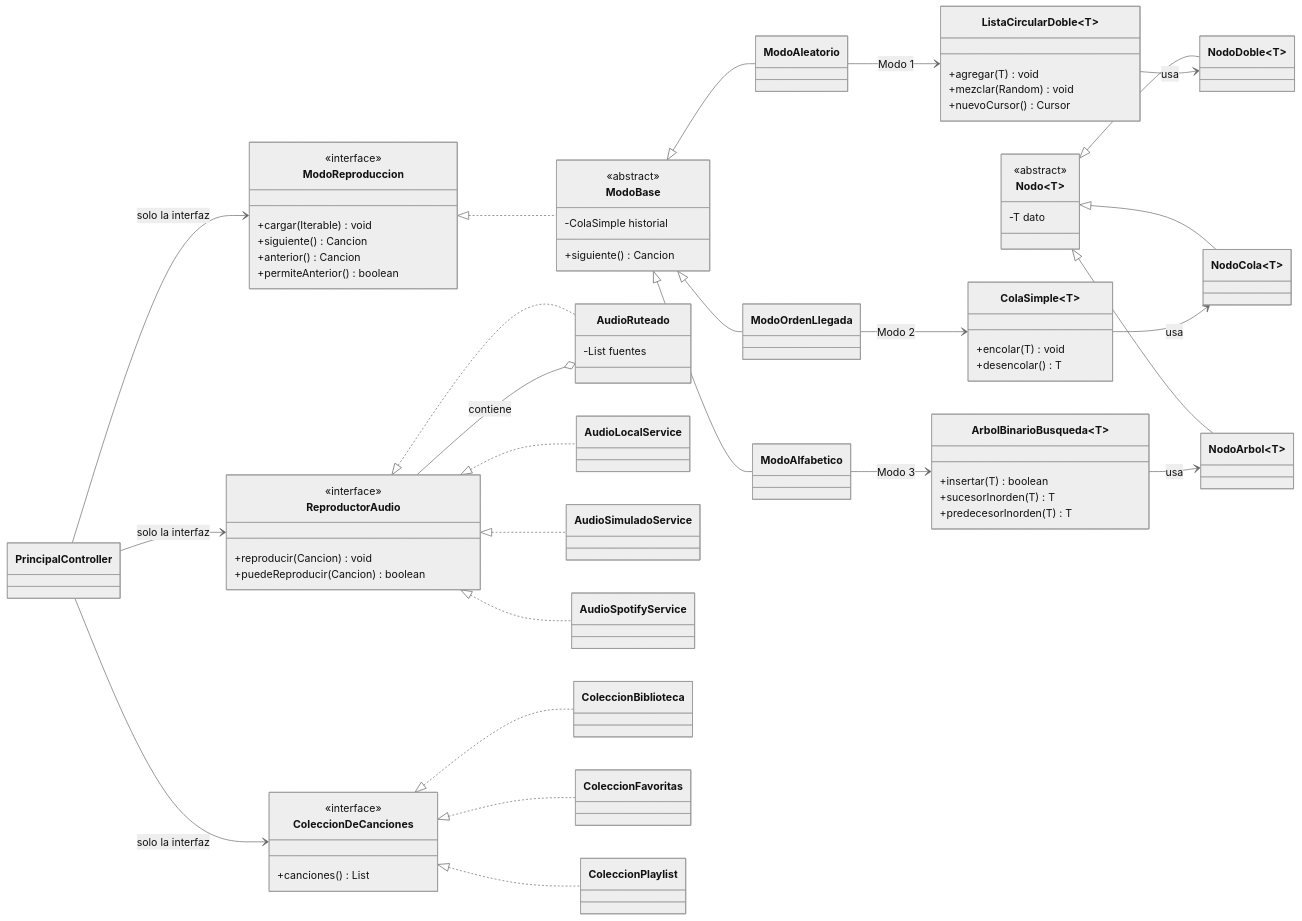
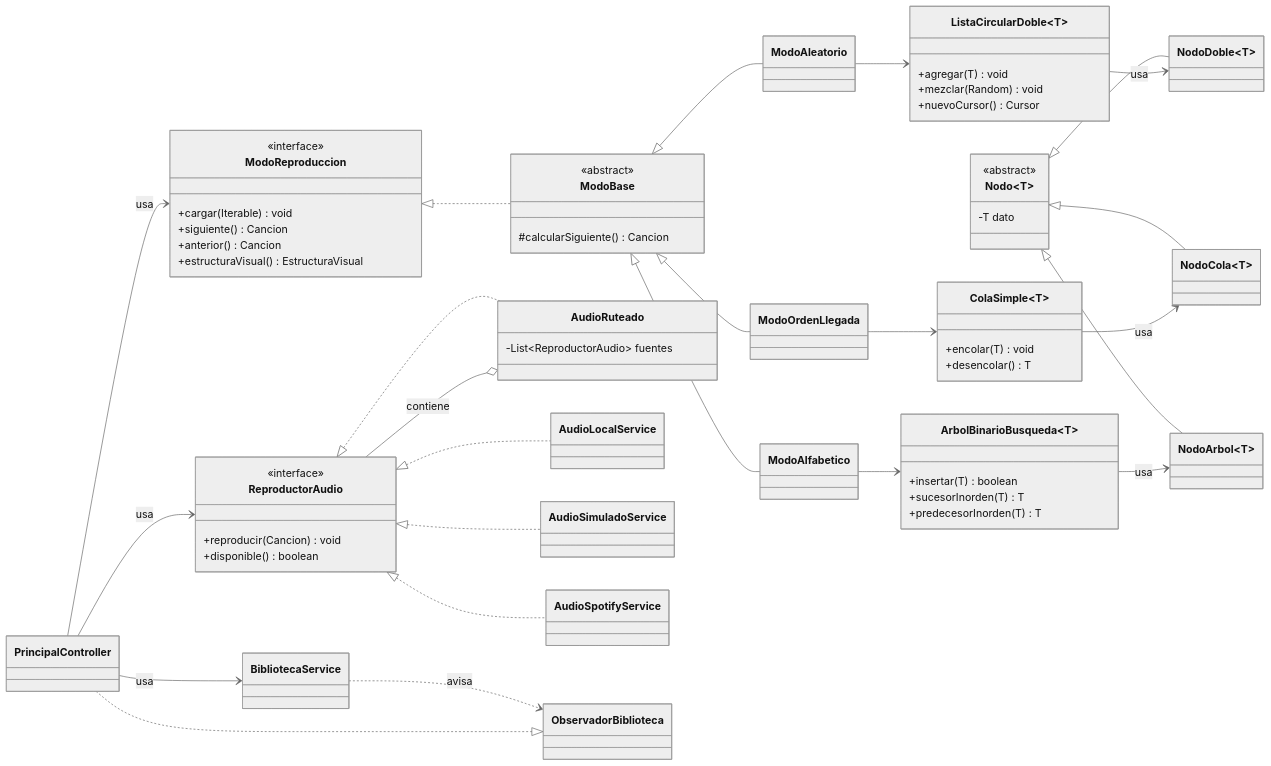
One commit to SamuelGhoop/CamellosVsEnanos changed the diagram in README.md. Above: the diagram before and after it, drawn with Mermaid (neutral theme). The commit also changed other lines of this file, not shown here.

````diff
--- a/README.md
+++ b/README.md
@@ -355,81 +77,69 @@
 ```mermaid
 classDiagram
     direction LR
 
     class Nodo~T~ {
         <<abstract>>
         -T dato
     }
-    class NodoDoble~T~
-    class NodoCola~T~
-    class NodoArbol~T~
-    Nodo <|-- NodoDoble
-    Nodo <|-- NodoCola
-    Nodo <|-- NodoArbol
+    Nodo <|-- NodoDoble~T~
+    Nodo <|-- NodoCola~T~
+    Nodo <|-- NodoArbol~T~
 
     class ListaCircularDoble~T~ {
         +agregar(T) void
         +mezclar(Random) void
         +nuevoCursor() Cursor
     }
     class ColaSimple~T~ {
         +encolar(T) void
         +desencolar() T
     }
     class ArbolBinarioBusqueda~T~ {
         +insertar(T) boolean
         +sucesorInorden(T) T
         +predecesorInorden(T) T
     }
     ListaCircularDoble --> NodoDoble : usa
     ColaSimple --> NodoCola : usa
     ArbolBinarioBusqueda --> NodoArbol : usa
 
     class ModoReproduccion {
         <<interface>>
         +cargar(Iterable) void
         +siguiente() Cancion
         +anterior() Cancion
-        +permiteAnterior() boolean
+        +estructuraVisual() EstructuraVisual
     }
     class ModoBase {
         <<abstract>>
-        -ColaSimple historial
-        +siguiente() Cancion
+        #calcularSiguiente() Cancion
     }
     ModoReproduccion <|.. ModoBase
     ModoBase <|-- ModoAleatorio
     ModoBase <|-- ModoOrdenLlegada
     ModoBase <|-- ModoAlfabetico
-
-    ModoAleatorio --> ListaCircularDoble : Modo 1
-    ModoOrdenLlegada --> ColaSimple : Modo 2
-    ModoAlfabetico --> ArbolBinarioBusqueda : Modo 3
+    ModoAleatorio --> ListaCircularDoble
+    ModoOrdenLlegada --> ColaSimple
+    ModoAlfabetico --> ArbolBinarioBusqueda
 
     class ReproductorAudio {
         <<interface>>
         +reproducir(Cancion) void
-        +puedeReproducir(Cancion) boolean
+        +disponible() boolean
     }
     class AudioRuteado {
-        -List fuentes
+        -List~ReproductorAudio~ fuentes
     }
     ReproductorAudio <|.. AudioRuteado
     ReproductorAudio <|.. AudioLocalService
     ReproductorAudio <|.. AudioSimuladoService
     ReproductorAudio <|.. AudioSpotifyService
     AudioRuteado o-- ReproductorAudio : contiene
 
-    class ColeccionDeCanciones {
-        <<interface>>
-        +canciones() List
-    }
-    ColeccionDeCanciones <|.. ColeccionBiblioteca
-    ColeccionDeCanciones <|.. ColeccionFavoritas
-    ColeccionDeCanciones <|.. ColeccionPlaylist
-
-    class PrincipalController
-    PrincipalController --> ModoReproduccion : solo la interfaz
-    PrincipalController --> ReproductorAudio : solo la interfaz
-    PrincipalController --> ColeccionDeCanciones : solo la interfaz
+    PrincipalController --> ModoReproduccion : usa
+    PrincipalController --> ReproductorAudio : usa
+    PrincipalController --> BibliotecaService : usa
+    BibliotecaService ..> ObservadorBiblioteca : avisa
+    PrincipalController ..|> ObservadorBiblioteca
 ```
````
